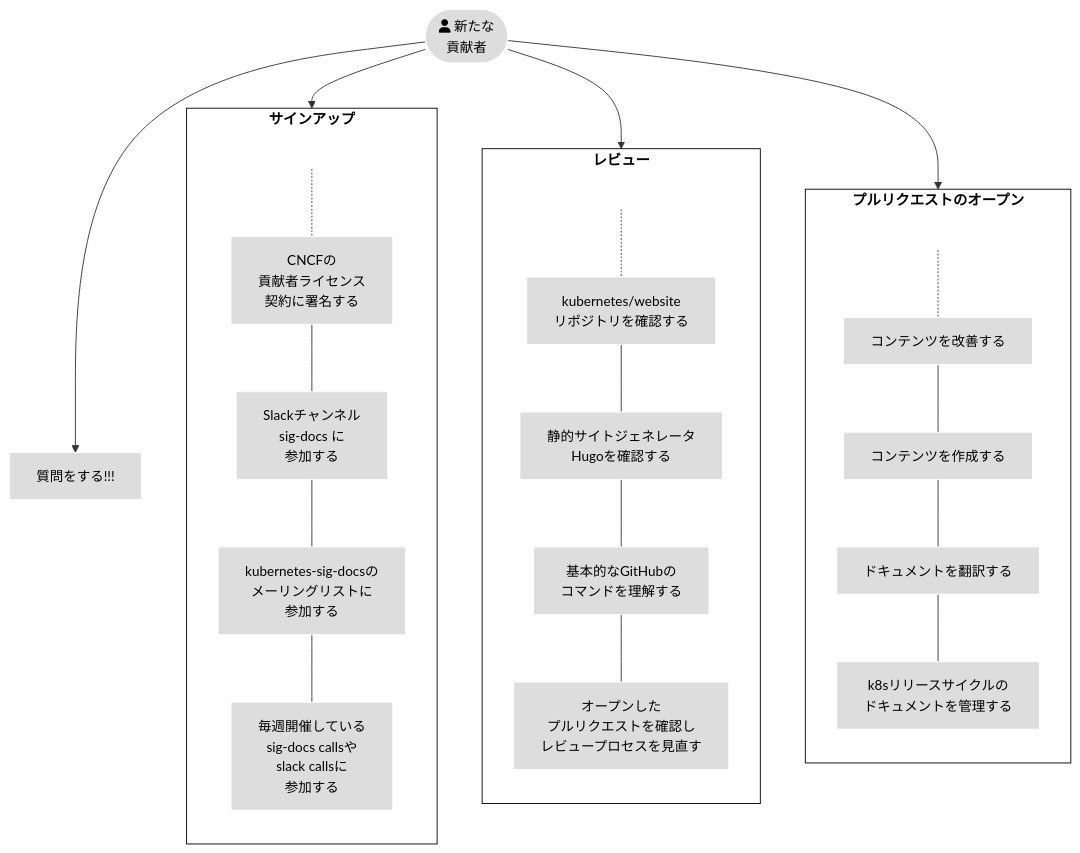
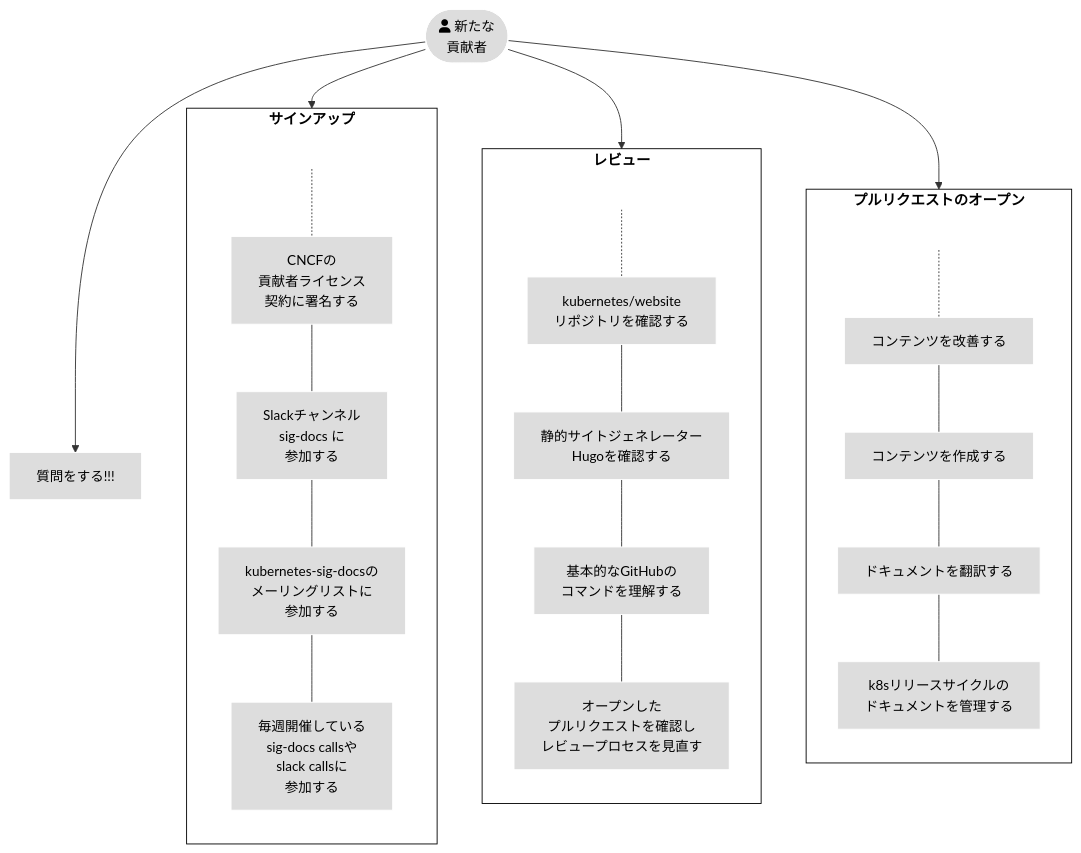
One commit to kubernetes/website changed the first of 2 diagrams in content/ja/docs/contribute/docs.md. Above: the diagram before and after it, drawn with Mermaid.

Commit message:
update: L58

```diff
--- a/content/ja/docs/contribute/docs.md
+++ b/content/ja/docs/contribute/docs.md
@@ -44,40 +44,40 @@
 {{< mermaid >}}
 flowchart TB
 subgraph third[プルリクエストのオープン]
 direction TB
 U[ ] -.-
 Q[コンテンツを改善する] --- N[コンテンツを作成する]
 N --- O[ドキュメントを翻訳する]
 O --- P[k8sリリースサイクルの <br>ドキュメントを管理する]
 
 end
 
 subgraph second[レビュー]
 direction TB
    T[ ] -.-
-   D[kubernetes/website <br>リポジトリを確認する] --- E[静的サイトジェネレータ <br>Hugoを確認する]
+   D[kubernetes/website <br>リポジトリを確認する] --- E[静的サイトジェネレーター <br>Hugoを確認する]
    E --- F[基本的なGitHubの <br>コマンドを理解する]
    F --- G[オープンした <br>プルリクエストを確認し <br>レビュープロセスを見直す]
 end
 
 subgraph first[サインアップ]
     direction TB
     S[ ] -.-
     B[CNCFの <br>貢献者ライセンス <br>契約に署名する] --- C[Slackチャンネル <br>sig-docs に<br>参加する]
     C --- V[kubernetes-sig-docsの<br> メーリングリストに <br>参加する]
     V --- M[毎週開催している <br>sig-docs callsや<br> slack callsに <br>参加する]
 end
 
 A([fa:fa-user 新たな<br>貢献者]) --> first
 A --> second
 A --> third
 A --> H[質問をする!!!]
 
 
 classDef grey fill:#dddddd,stroke:#ffffff,stroke-width:px,color:#000000, font-size:15px;
 classDef white fill:#ffffff,stroke:#000,stroke-width:px,color:#000,font-weight:bold
 classDef spacewhite fill:#ffffff,stroke:#fff,stroke-width:0px,color:#000
 class A,B,C,D,E,F,G,H,M,Q,N,O,P,V grey
 class S,T,U spacewhite
 class first,second,third white
 {{</ mermaid >}}
```
